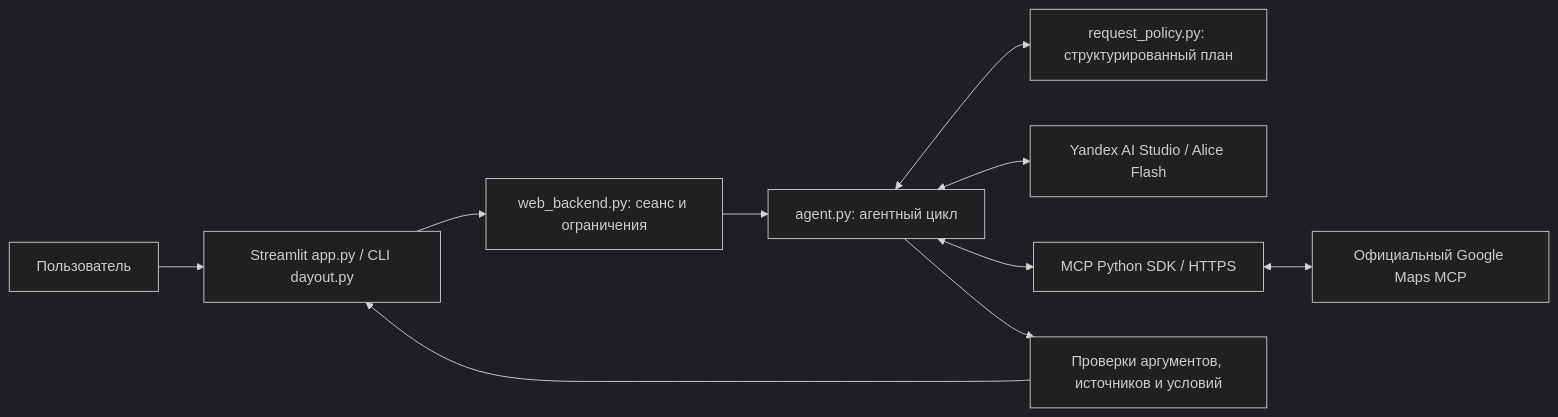
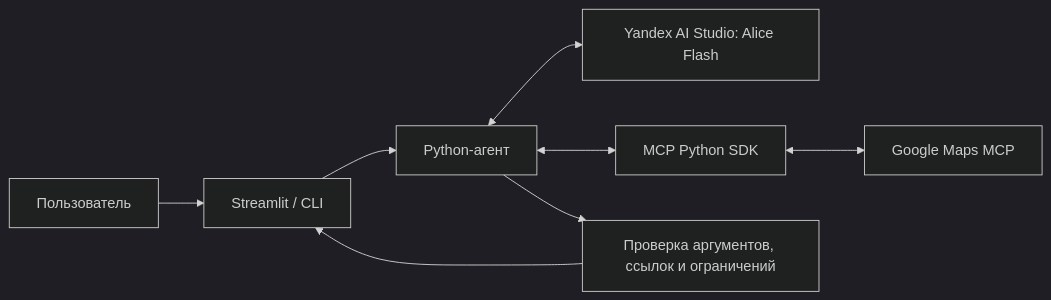
Before and after one commit to Batyaoftheyear/DayOut-AI-agent: the first of 2 diagrams in README.md, drawn with Mermaid (dark theme). The commit also changed other lines of this file and 90 other files, not shown here.

````diff
--- a/README.md
+++ b/README.md
@@ -34,12 +41,10 @@
 ```mermaid
 flowchart LR
-    U[Пользователь] --> UI[Streamlit app.py / CLI dayout.py]
-    UI --> W[web_backend.py: сеанс и ограничения]
-    W --> A[agent.py: агентный цикл]
-    A <--> P[request_policy.py: структурированный план]
-    A <--> L[Yandex AI Studio / Alice Flash]
-    A <--> M[MCP Python SDK / HTTPS]
-    M <--> G[Официальный Google Maps MCP]
-    A --> V[Проверки аргументов, источников и условий]
+    U[Пользователь] --> UI[Streamlit / CLI]
+    UI --> A[Python-агент]
+    A <--> L[Yandex AI Studio: Alice Flash]
+    A <--> M[MCP Python SDK]
+    M <--> G[Google Maps MCP]
+    A --> V[Проверка аргументов, ссылок и ограничений]
     V --> UI
 ```
````
